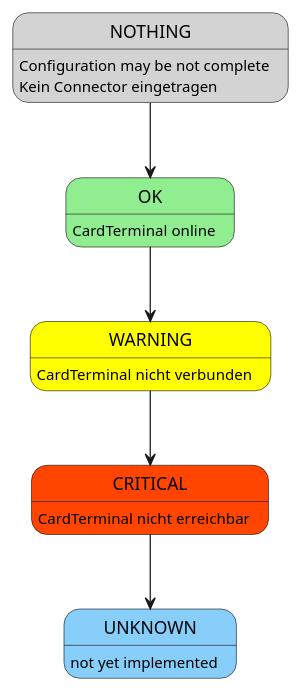
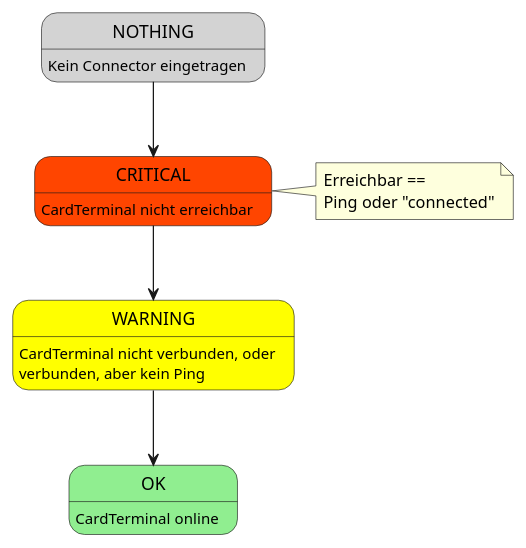
One commit to swobspace/cocard changed the diagram in docs/devnotes/_images/card-terminal-condition.puml. Above: the diagram before and after it, drawn with PlantUML. The commit also changed 11 other files, not shown here.

```diff
--- a/docs/devnotes/_images/card-terminal-condition.puml
+++ b/docs/devnotes/_images/card-terminal-condition.puml
@@ -1,26 +1,27 @@
 @startuml
 
 state OK #lightgreen
-
 OK: CardTerminal online
 
 state WARNING #Yellow
-
-WARNING: CardTerminal nicht verbunden
+WARNING: CardTerminal nicht verbunden, oder
+WARNING: verbunden, aber kein Ping
 
 state CRITICAL #orangered
-
 CRITICAL: CardTerminal nicht erreichbar
 
-state UNKNOWN #LightSkyBlue
-UNKNOWN: not yet implemented
+note right of CRITICAL
+Erreichbar ==
+Ping oder "connected"
+endnote
+
+'state UNKNOWN #LightSkyBlue
+'UNKNOWN: not yet implemented
 
 state NOTHING #LightGrey
-NOTHING: Configuration may be not complete
 NOTHING: Kein Connector eingetragen
 
-NOTHING --> OK
-OK --> WARNING
-WARNING --> CRITICAL
-CRITICAL --> UNKNOWN
+NOTHING --> CRITICAL
+CRITICAL --> WARNING
+WARNING --> OK
 @enduml
```
